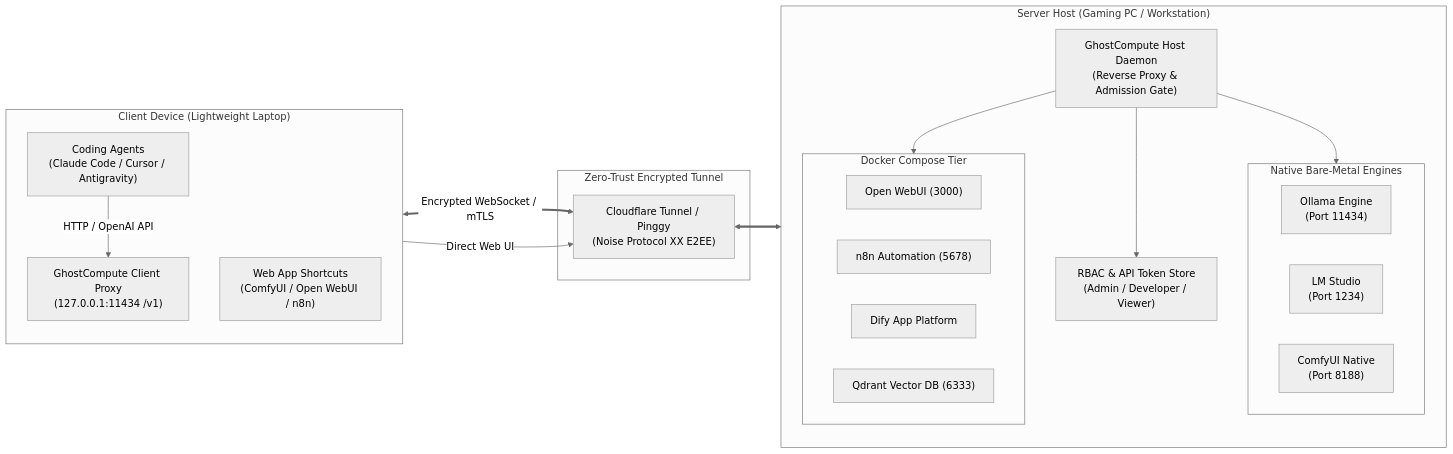
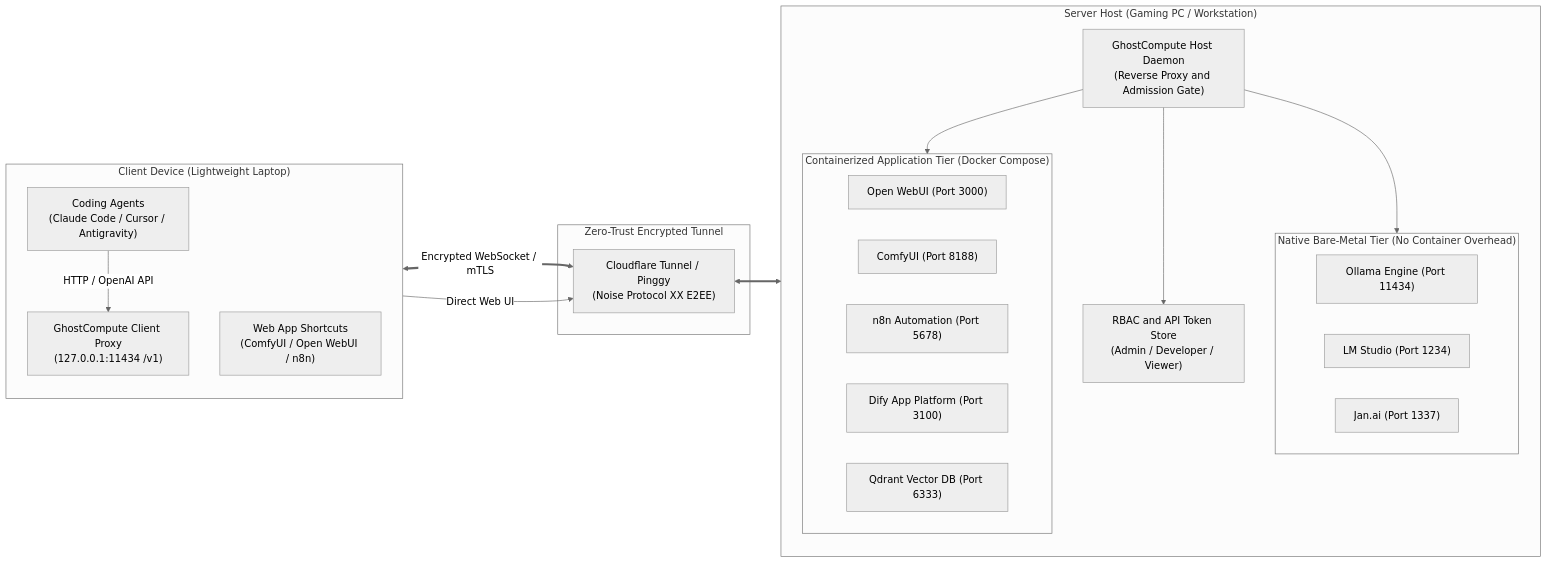
One commit to John-Varghese-EH/GhostCompute changed the diagram in README.md. Above: the diagram before and after it, drawn with Mermaid (neutral theme). The commit also changed other lines of this file and 29 other files, not shown here.

First line of the commit message:
GhostCompute |J0X|

````diff
--- a/README.md
+++ b/README.md
@@ -41,41 +34,42 @@
 ```mermaid
 flowchart LR
     subgraph ClientLaptop["Client Device (Lightweight Laptop)"]
         direction TB
         Agent["Coding Agents\n(Claude Code / Cursor / Antigravity)"]
         Browser["Web App Shortcuts\n(ComfyUI / Open WebUI / n8n)"]
         ClientProxy["GhostCompute Client Proxy\n(127.0.0.1:11434 /v1)"]
         Agent -->|HTTP / OpenAI API| ClientProxy
     end
 
     subgraph Tunnel["Zero-Trust Encrypted Tunnel"]
         CFTunnel["Cloudflare Tunnel / Pinggy\n(Noise Protocol XX E2EE)"]
     end
 
     subgraph HostPC["Server Host (Gaming PC / Workstation)"]
         direction TB
-        HostDaemon["GhostCompute Host Daemon\n(Reverse Proxy & Admission Gate)"]
-        RBAC["RBAC & API Token Store\n(Admin / Developer / Viewer)"]
+        HostDaemon["GhostCompute Host Daemon\n(Reverse Proxy and Admission Gate)"]
+        RBAC["RBAC and API Token Store\n(Admin / Developer / Viewer)"]
         
-        subgraph NativeEngines["Native Bare-Metal Engines"]
-            Ollama["Ollama Engine\n(Port 11434)"]
-            LMStudio["LM Studio\n(Port 1234)"]
-            Comfy["ComfyUI Native\n(Port 8188)"]
+        subgraph NativeEngines["Native Bare-Metal Tier (No Container Overhead)"]
+            Ollama["Ollama Engine (Port 11434)"]
+            LMStudio["LM Studio (Port 1234)"]
+            Jan["Jan.ai (Port 1337)"]
         end
 
-        subgraph DockerComposeApps["Docker Compose Tier"]
-            OpenWebUI["Open WebUI (3000)"]
-            N8N["n8n Automation (5678)"]
-            Dify["Dify App Platform"]
-            Qdrant["Qdrant Vector DB (6333)"]
+        subgraph DockerComposeApps["Containerized Application Tier (Docker Compose)"]
+            OpenWebUI["Open WebUI (Port 3000)"]
+            Comfy["ComfyUI (Port 8188)"]
+            N8N["n8n Automation (Port 5678)"]
+            Dify["Dify App Platform (Port 3100)"]
+            Qdrant["Qdrant Vector DB (Port 6333)"]
         end
 
         HostDaemon --> RBAC
         HostDaemon --> NativeEngines
         HostDaemon --> DockerComposeApps
     end
 
     ClientProxy <==>|Encrypted WebSocket / mTLS| CFTunnel
     Browser -->|Direct Web UI| CFTunnel
     CFTunnel <==> HostDaemon
 ```
````
